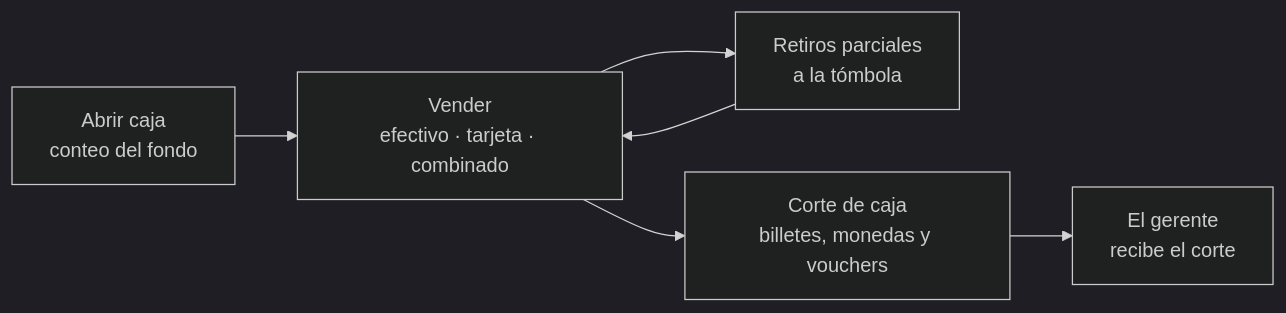
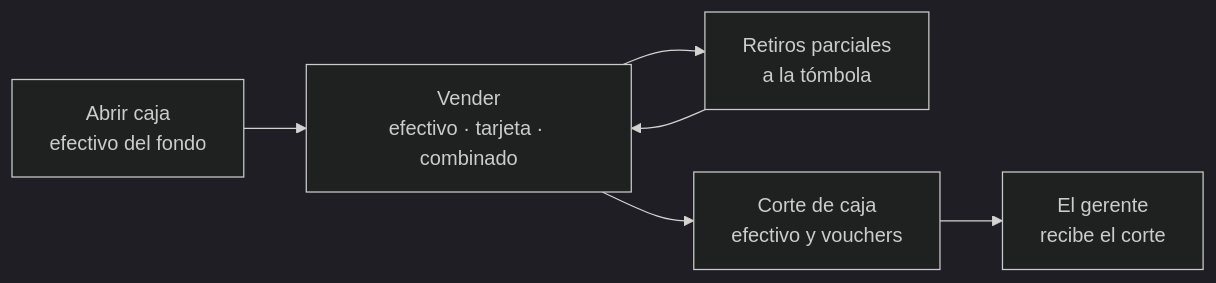
One commit to YukioSnwoo/Koaly changed the second of 3 diagrams in README.md. Above: the diagram before and after it, drawn with Mermaid (dark theme). The commit also changed other lines of this file and 8 other files, not shown here.

First line of the commit message:
feat(cajero): billetes y monedas solo en Arqueo > Contar caja

````diff
--- a/README.md
+++ b/README.md
@@ -400,8 +400,8 @@
 ```mermaid
 flowchart LR
-    A["Abrir caja<br/>conteo del fondo"] --> B["Vender<br/>efectivo · tarjeta · combinado"]
+    A["Abrir caja<br/>efectivo del fondo"] --> B["Vender<br/>efectivo · tarjeta · combinado"]
     B --> C["Retiros parciales<br/>a la tómbola"]
     C --> B
-    B --> D["Corte de caja<br/>billetes, monedas y vouchers"]
+    B --> D["Corte de caja<br/>efectivo y vouchers"]
     D --> E["El gerente<br/>recibe el corte"]
 ```
````
